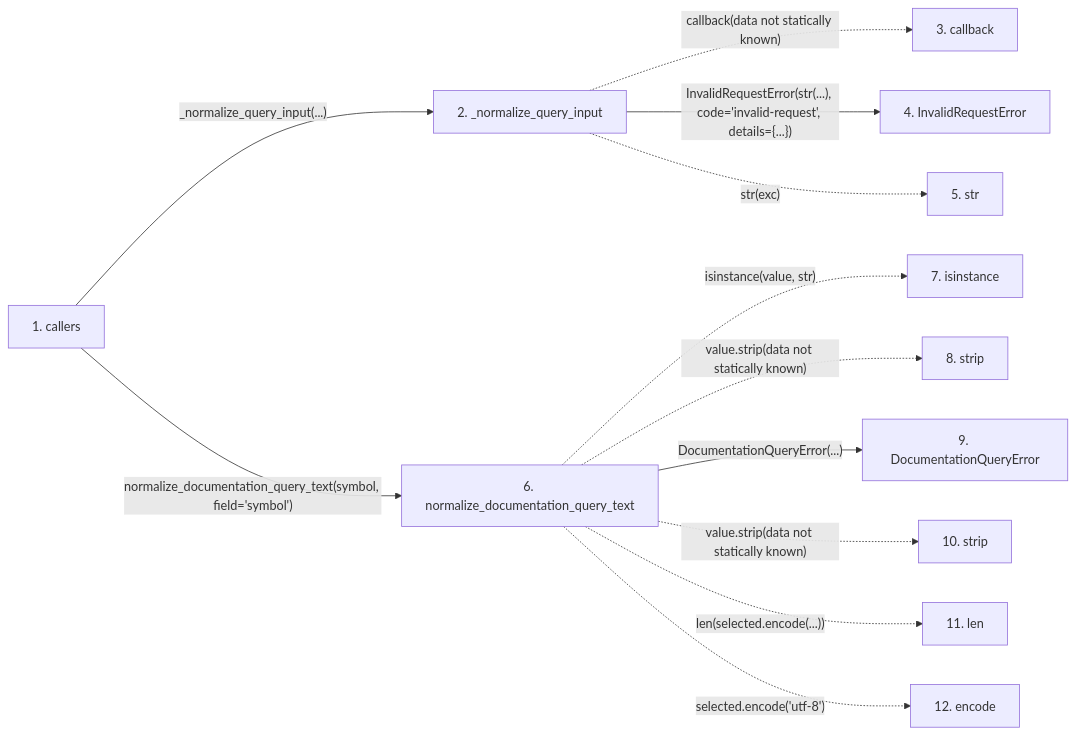
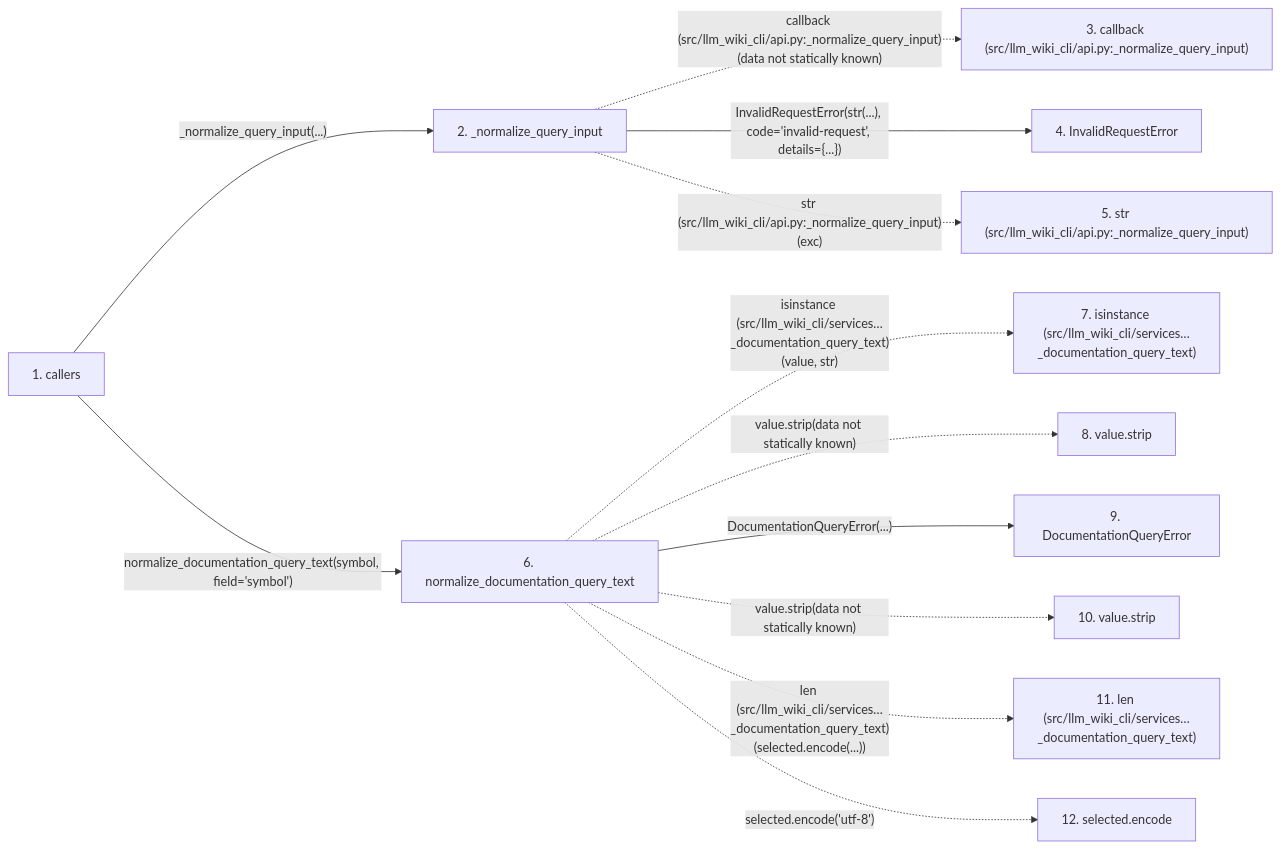
One commit to Denissvgn/python-wiki-llm changed the second of 2 diagrams in docs/llm_wiki/flows/api-callers.md. Above: the diagram before and after it, drawn with Mermaid. The commit also changed other lines of this file and 719 other files, not shown here.

````diff
--- a/docs/llm_wiki/flows/api-callers.md
+++ b/docs/llm_wiki/flows/api-callers.md
@@ -83,31 +88,31 @@
 ```mermaid
 flowchart LR
     s1["1. callers"]
     s2["2. _normalize_query_input"]
-    s3["3. callback"]
+    s3["3. callback (src/llm_wiki_cli/api.py:_normalize_query_input)"]
     s4["4. InvalidRequestError"]
-    s5["5. str"]
+    s5["5. str (src/llm_wiki_cli/api.py:_normalize_query_input)"]
     s6["6. normalize_documentation_query_text"]
-    s7["7. isinstance"]
-    s8["8. strip"]
+    s7["7. isinstance (src/llm_wiki_cli/services…_documentation_query_text)"]
+    s8["8. value.strip"]
     s9["9. DocumentationQueryError"]
-    s10["10. strip"]
-    s11["11. len"]
-    s12["12. encode"]
+    s10["10. value.strip"]
+    s11["11. len (src/llm_wiki_cli/services…_documentation_query_text)"]
+    s12["12. selected.encode"]
     s1 -->|"_normalize_query_input(...)"| s2
-    s2 -. "callback(data not statically known)" .-> s3
+    s2 -. "callback (src/llm_wiki_cli/api.py:_normalize_query_input)(data not statically known)" .-> s3
     s2 -->|"InvalidRequestError(str(...), code='invalid-request', details={...})"| s4
-    s2 -. "str(exc)" .-> s5
+    s2 -. "str (src/llm_wiki_cli/api.py:_normalize_query_input)(exc)" .-> s5
     s1 -->|"normalize_documentation_query_text(symbol, field='symbol')"| s6
-    s6 -. "isinstance(value, str)" .-> s7
+    s6 -. "isinstance (src/llm_wiki_cli/services…_documentation_query_text)(value, str)" .-> s7
     s6 -. "value.strip(data not statically known)" .-> s8
     s6 -->|"DocumentationQueryError(...)"| s9
     s6 -. "value.strip(data not statically known)" .-> s10
-    s6 -. "len(selected.encode(...))" .-> s11
+    s6 -. "len (src/llm_wiki_cli/services…_documentation_query_text)(selected.encode(...))" .-> s11
     s6 -. "selected.encode('utf-8')" .-> s12
     click s1 "../modules/api.md"
     click s2 "../modules/api.md"
     click s4 "../modules/api.md"
     click s6 "../modules/documentation_query_builder.md"
     click s9 "../modules/documentation_queries.md"
 ```
````
